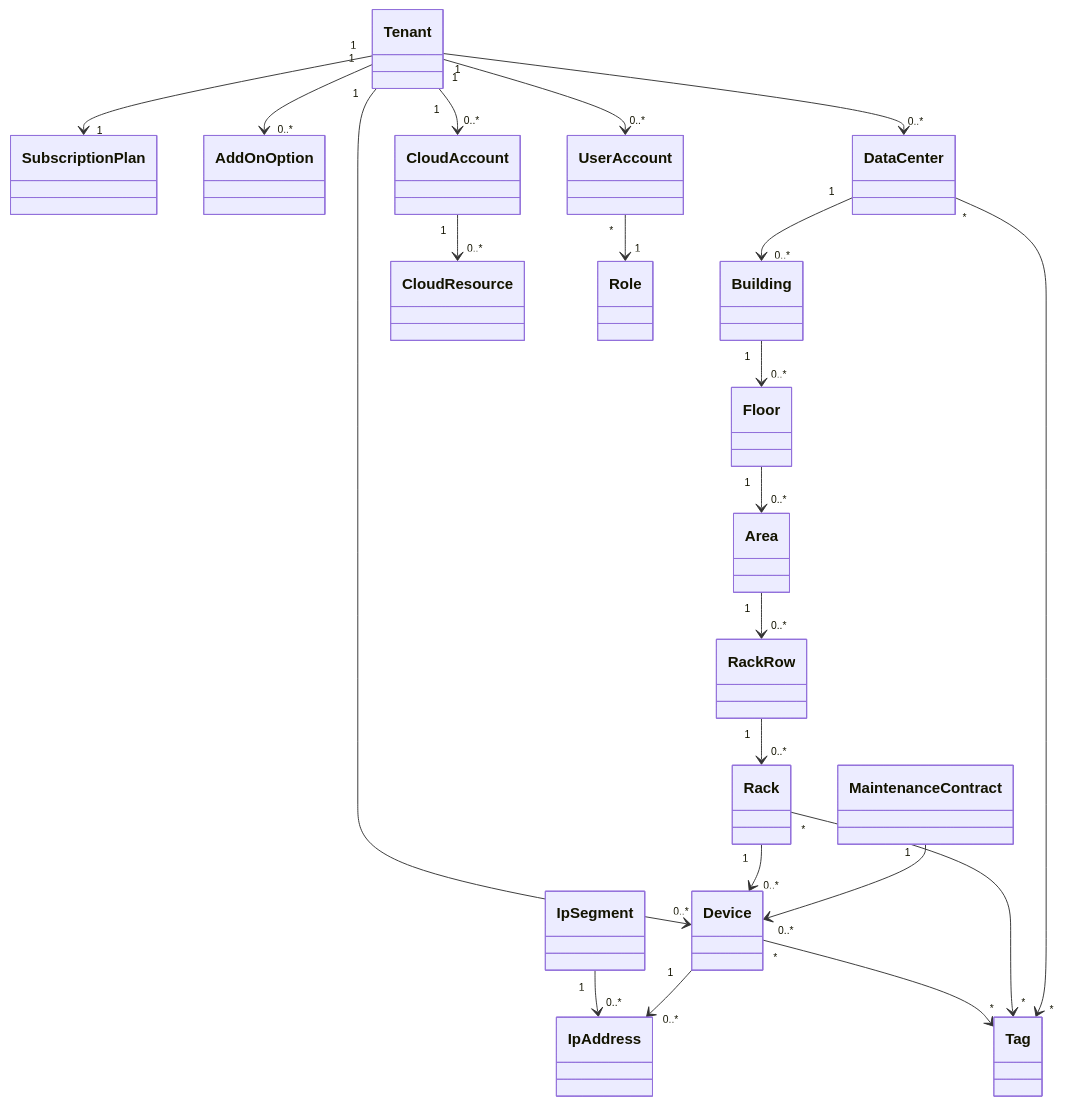
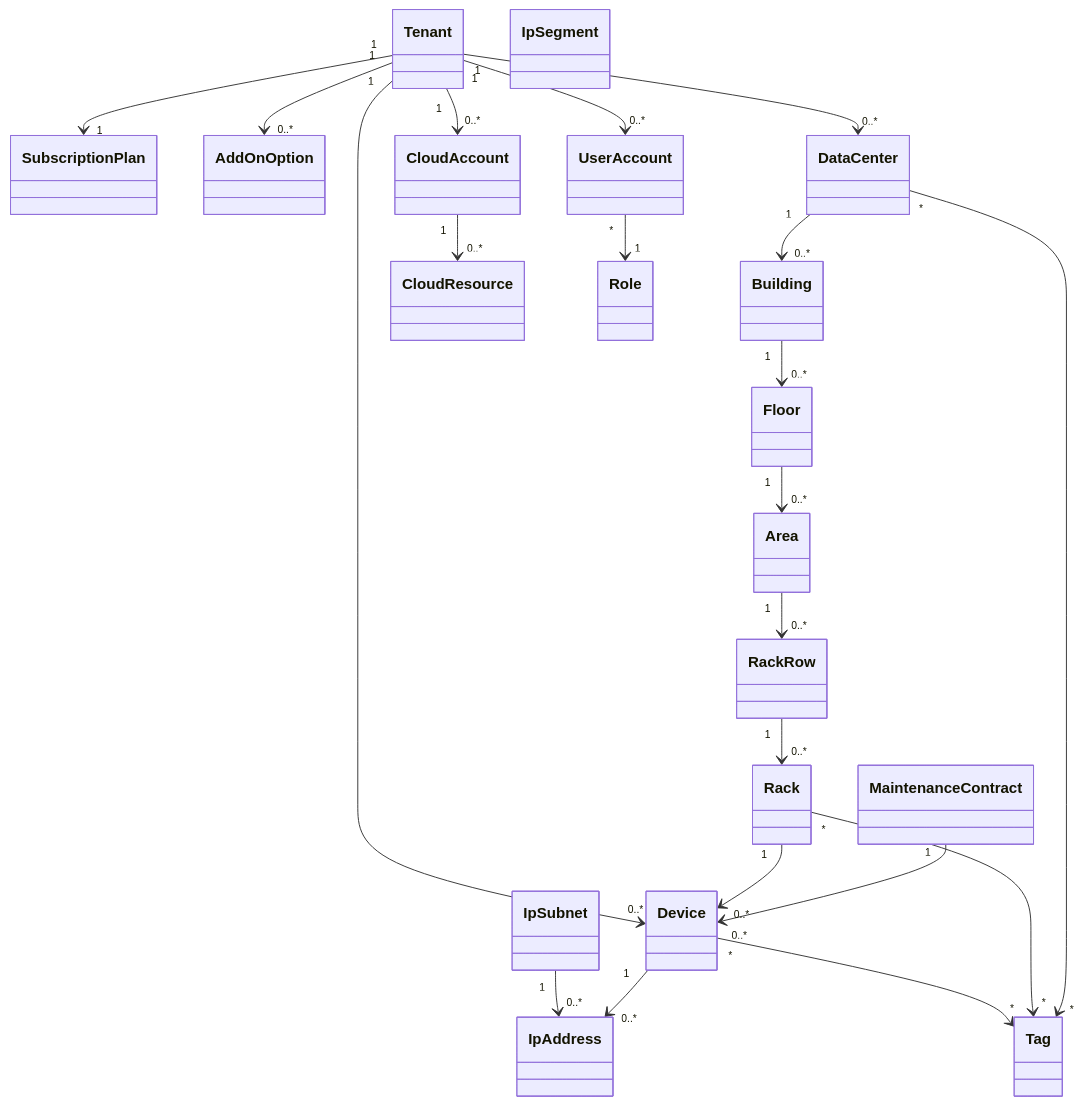
Before and after one commit to D03456/dcim: the diagram in docs/03_basic_design/03_domain_model.md, drawn with Mermaid. The commit also changed other lines of this file and 5 other files, not shown here.

````diff
--- a/docs/03_basic_design/03_domain_model.md
+++ b/docs/03_basic_design/03_domain_model.md
@@ -156,47 +159,47 @@
 ```mermaid
 classDiagram
     class Tenant
     class SubscriptionPlan
     class AddOnOption
     class DataCenter
     class Building
     class Floor
     class Area
     class RackRow
     class Rack
     class Device
     class IpSegment
     class IpAddress
     class MaintenanceContract
     class CloudAccount
     class CloudResource
     class UserAccount
     class Role
     class Tag
 
     Tenant "1" --> "1" SubscriptionPlan
     Tenant "1" --> "0..*" AddOnOption
     Tenant "1" --> "0..*" DataCenter
     Tenant "1" --> "0..*" Device
     Tenant "1" --> "0..*" UserAccount
     Tenant "1" --> "0..*" CloudAccount
 
     DataCenter "1" --> "0..*" Building
     Building "1" --> "0..*" Floor
     Floor "1" --> "0..*" Area
     Area "1" --> "0..*" RackRow
     RackRow "1" --> "0..*" Rack
     Rack "1" --> "0..*" Device
 
-    IpSegment "1" --> "0..*" IpAddress
+    IpSubnet "1" --> "0..*" IpAddress
     Device "1" --> "0..*" IpAddress
 
     MaintenanceContract "1" --> "0..*" Device
 
     CloudAccount "1" --> "0..*" CloudResource
 
     UserAccount "*" --> "1" Role
     Device "*" --> "*" Tag
     Rack "*" --> "*" Tag
     DataCenter "*" --> "*" Tag
 ```
````
